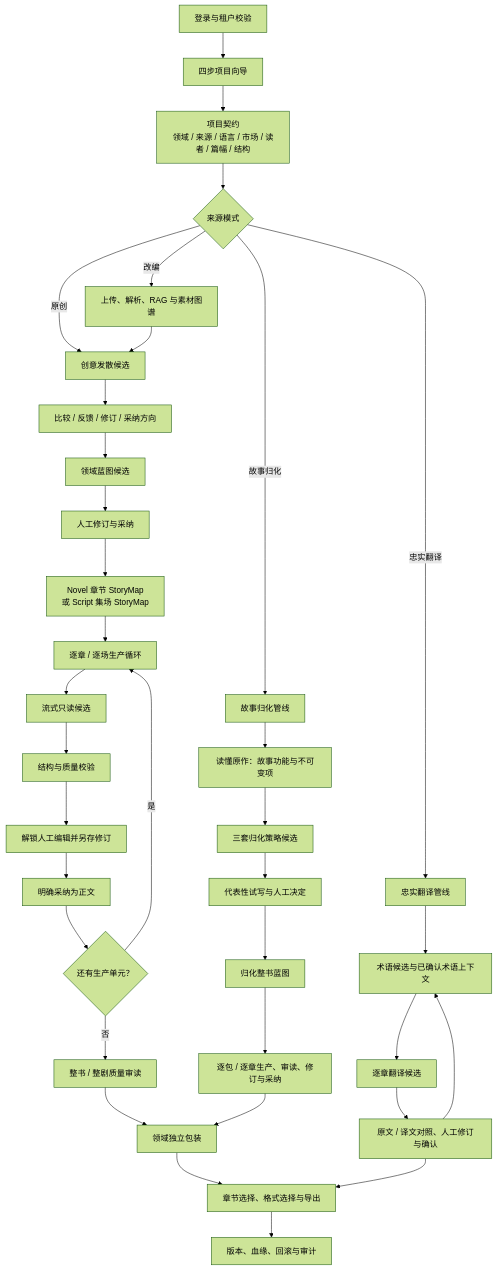
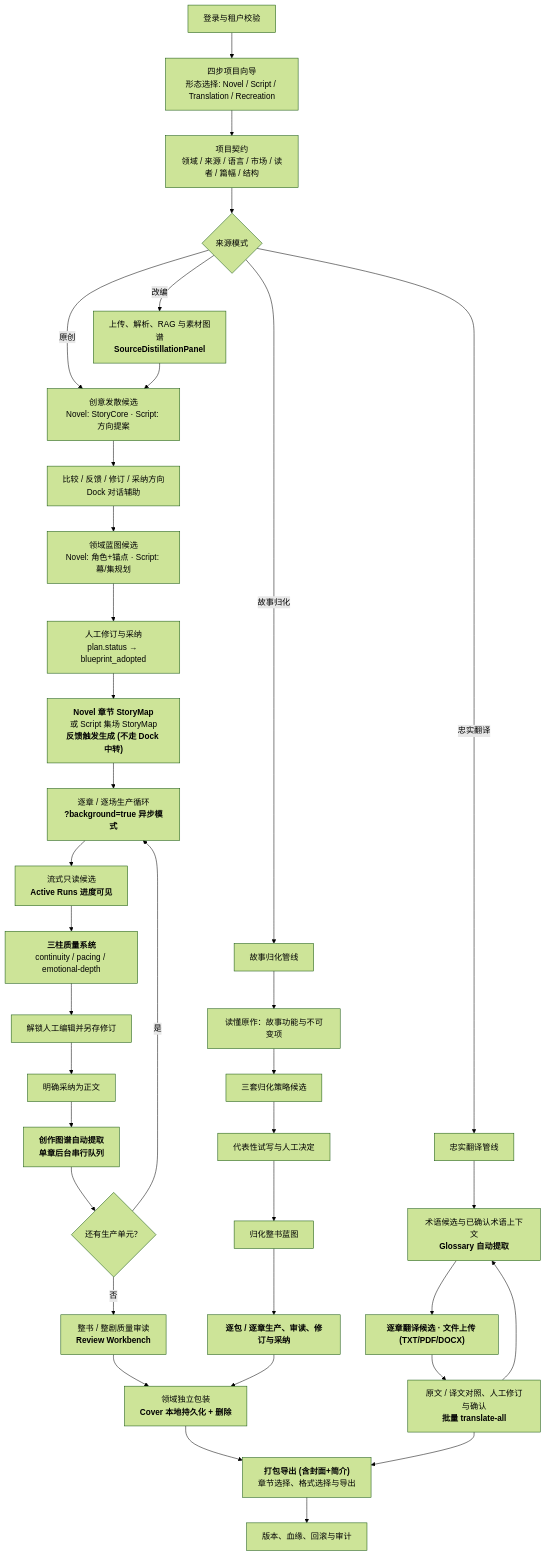
The second of 8 diagrams in docs/v7-spec-v1.1/19-SYSTEM-BUSINESS-FLOW-MAP.md (quchenchen/ScriptNow), drawn with Mermaid (forest theme) before and after one commit. The commit also changed other lines of this file and 10 other files, not shown here.

First line of the commit message:
Overhaul script skills with audiovisual writing discipline and fix StoryMap scene-per-episode constraints

````diff
--- a/docs/v7-spec-v1.1/19-SYSTEM-BUSINESS-FLOW-MAP.md
+++ b/docs/v7-spec-v1.1/19-SYSTEM-BUSINESS-FLOW-MAP.md
@@ -60,41 +68,44 @@
 ```mermaid
 flowchart TD
-    Login["登录与租户校验"] --> Create["四步项目向导"]
+    Login["登录与租户校验"] --> Create["四步项目向导<br/>形态选择: Novel / Script / Translation / Recreation"]
     Create --> Contract["项目契约<br/>领域 / 来源 / 语言 / 市场 / 读者 / 篇幅 / 结构"]
     Contract --> Source{"来源模式"}
 
-    Source -->|原创| Ideation["创意发散候选"]
-    Source -->|改编| Ingest["上传、解析、RAG 与素材图谱"]
+    Source -->|原创| Ideation["创意发散候选<br/>Novel: StoryCore · Script: 方向提案"]
+    Source -->|改编| Ingest["上传、解析、RAG 与素材图谱<br/><b>SourceDistillationPanel</b>"]
     Source -->|忠实翻译| TPipe["忠实翻译管线"]
     Source -->|故事归化| RPipe["故事归化管线"]
     Ingest --> Ideation
 
-    Ideation --> DirectionDecision["比较 / 反馈 / 修订 / 采纳方向"]
-    DirectionDecision --> Blueprint["领域蓝图候选"]
-    Blueprint --> BlueprintDecision["人工修订与采纳"]
-    BlueprintDecision --> StoryMap["Novel 章节 StoryMap<br/>或 Script 集场 StoryMap"]
-    StoryMap --> UnitLoop["逐章 / 逐场生产循环"]
-    UnitLoop --> Candidate["流式只读候选"]
-    Candidate --> Validate["结构与质量校验"]
+    Ideation --> DirectionDecision["比较 / 反馈 / 修订 / 采纳方向<br/>Dock 对话辅助"]
+    DirectionDecision --> Blueprint["领域蓝图候选<br/>Novel: 角色+锚点 · Script: 幕/集规划"]
+    Blueprint --> BlueprintDecision["人工修订与采纳<br/>plan.status → blueprint_adopted"]
+    BlueprintDecision --> StoryMap["<b>Novel 章节 StoryMap</b><br/>或 Script 集场 StoryMap<br/><b>反馈触发生成 (不走 Dock 中转)</b>"]
+    StoryMap --> UnitLoop["逐章 / 逐场生产循环<br/><b>?background=true 异步模式</b>"]
+
+    UnitLoop --> Candidate["流式只读候选<br/><b>Active Runs 进度可见</b>"]
+    Candidate --> Validate["<b>三柱质量系统</b><br/>continuity / pacing / emotional-depth"]
     Validate --> Edit["解锁人工编辑并另存修订"]
     Edit --> Adopt["明确采纳为正文"]
-    Adopt --> More{"还有生产单元？"}
+
+    Adopt --> CreativeExtract["<b>创作图谱自动提取<br/>单章后台串行队列</b>"]
+    CreativeExtract --> More{"还有生产单元？"}
     More -->|是| UnitLoop
-    More -->|否| Quality["整书 / 整剧质量审读"]
-    Quality --> Package["领域独立包装"]
-    Package --> Export["章节选择、格式选择与导出"]
+    More -->|否| Quality["整书 / 整剧质量审读<br/><b>Review Workbench</b>"]
+    Quality --> Package["领域独立包装<br/><b>Cover 本地持久化 + 删除</b>"]
+    Package --> Export["<b>打包导出 (含封面+简介)</b><br/>章节选择、格式选择与导出"]
     Export --> History["版本、血缘、回滚与审计"]
 
-    TPipe --> TermContext["术语候选与已确认术语上下文"]
-    TermContext --> TranslateUnit["逐章翻译候选"]
-    TranslateUnit --> Compare["原文 / 译文对照、人工修订与确认"]
+    TPipe --> TermContext["术语候选与已确认术语上下文<br/><b>Glossary 自动提取</b>"]
+    TermContext --> TranslateUnit["<b>逐章翻译候选 · 文件上传 (TXT/PDF/DOCX)</b>"]
+    TranslateUnit --> Compare["原文 / 译文对照、人工修订与确认<br/><b>批量 translate-all</b>"]
     Compare --> TermContext
     Compare --> Export
 
     RPipe --> SourceModel["读懂原作：故事功能与不可变项"]
     SourceModel --> Strategy["三套归化策略候选"]
     Strategy --> Trial["代表性试写与人工决定"]
     Trial --> ReBlueprint["归化整书蓝图"]
-    ReBlueprint --> ReUnit["逐包 / 逐章生产、审读、修订与采纳"]
+    ReBlueprint --> ReUnit["<b>逐包 / 逐章生产、审读、修订与采纳</b>"]
     ReUnit --> Package
 ```
````
